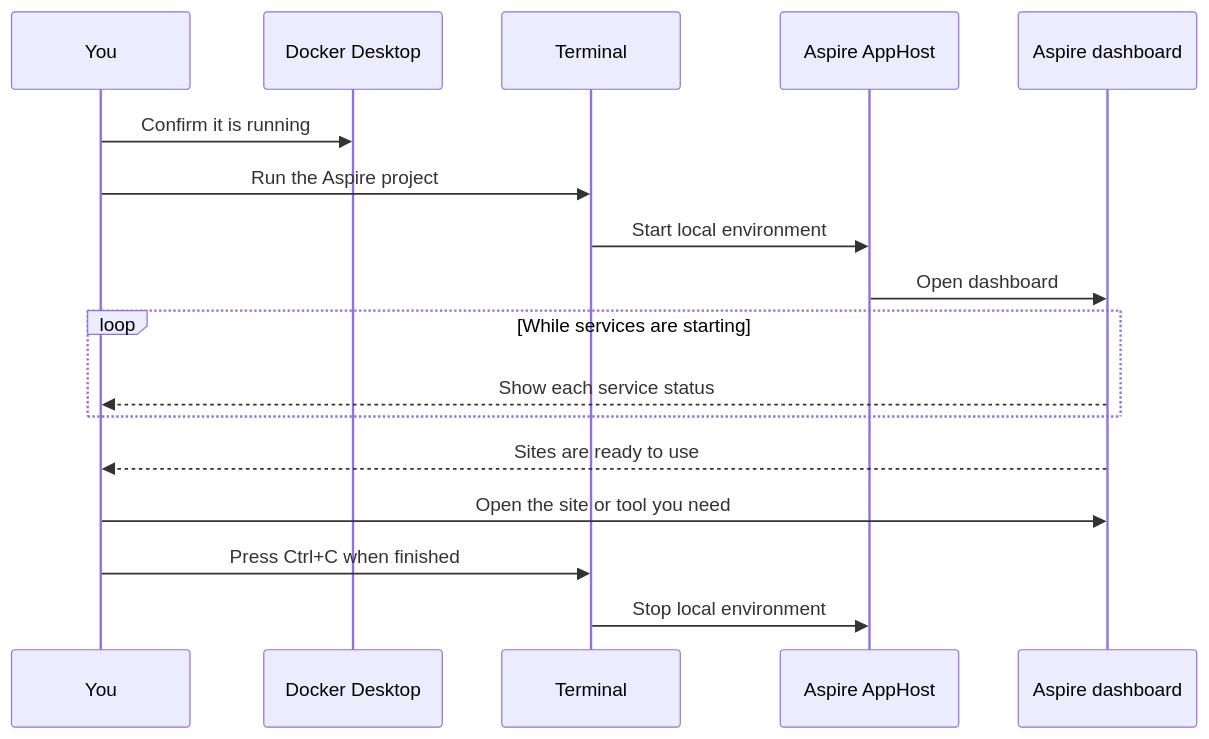
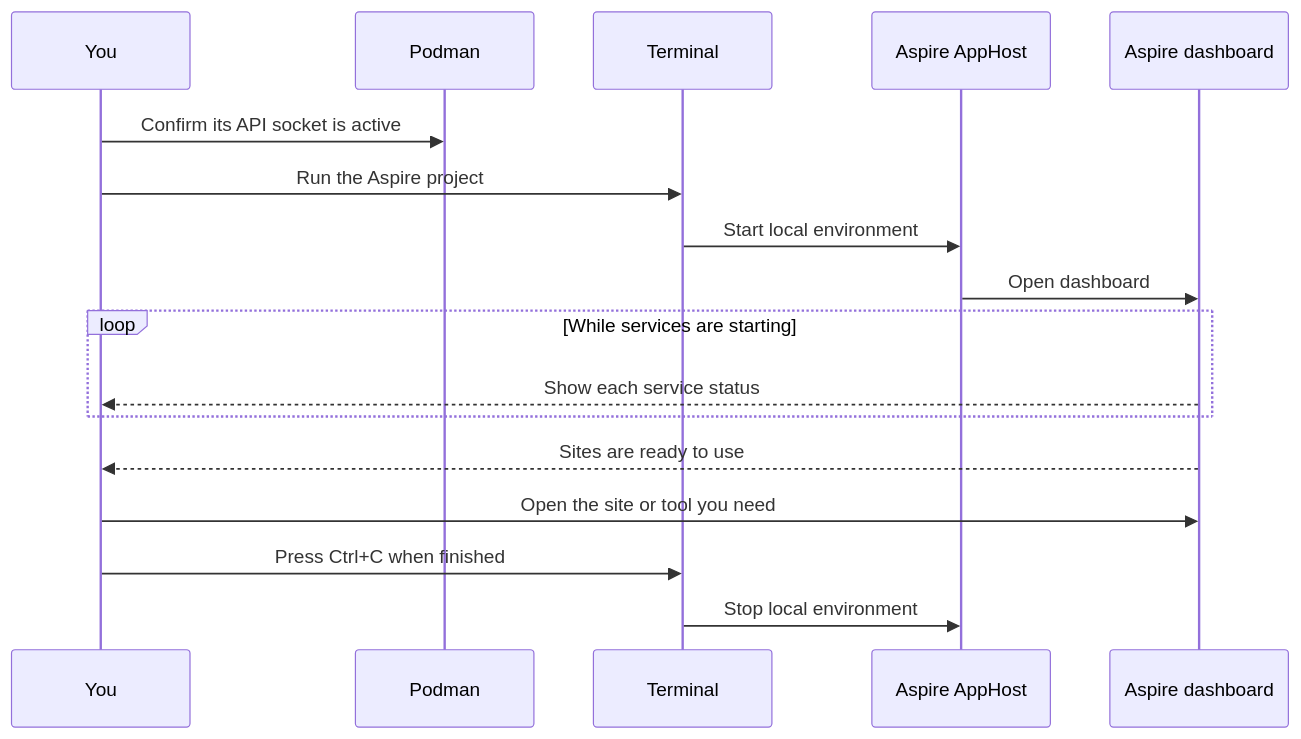
Before and after one commit to hallojoe/defaults-for-umbraco: the diagram in RUN.md, drawn with Mermaid. The commit also changed other lines of this file and 22 other files, not shown here.

````diff
--- a/RUN.md
+++ b/RUN.md
@@ -16,20 +18,20 @@
 ```mermaid
 sequenceDiagram
     participant You
-    participant Docker as Docker Desktop
+    participant Podman as Podman
     participant Terminal
     participant Aspire as Aspire AppHost
     participant Dashboard as Aspire dashboard
 
-    You->>Docker: Confirm it is running
+    You->>Podman: Confirm its API socket is active
     You->>Terminal: Run the Aspire project
     Terminal->>Aspire: Start local environment
     Aspire->>Dashboard: Open dashboard
     loop While services are starting
         Dashboard-->>You: Show each service status
     end
     Dashboard-->>You: Sites are ready to use
     You->>Dashboard: Open the site or tool you need
     You->>Terminal: Press Ctrl+C when finished
     Terminal->>Aspire: Stop local environment
 ```
````
